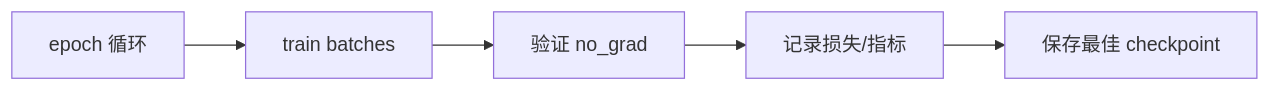
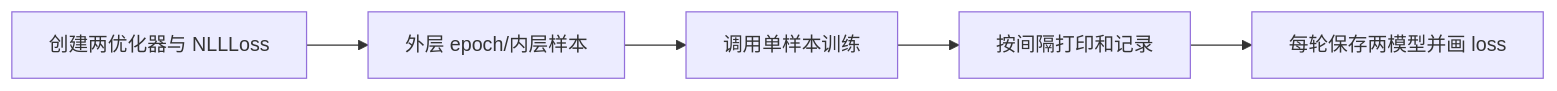
Before and after one commit to luyunix/nlp_study: the first of 3 diagrams in notes/seq2seq-translation/22-full-training.md, drawn with Mermaid. The commit also changed other lines of this file and 66 other files, not shown here.

````diff
--- a/notes/seq2seq-translation/22-full-training.md
+++ b/notes/seq2seq-translation/22-full-training.md
@@ -17,12 +17,12 @@
 ```mermaid
 flowchart LR
-    N0["epoch 循环"]
-    N1["train batches"]
-    N2["验证 no_grad"]
-    N3["记录损失/指标"]
-    N4["保存最佳 checkpoint"]
+    N0["创建两优化器与 NLLLoss"]
+    N1["外层 epoch/内层样本"]
+    N2["调用单样本训练"]
+    N3["按间隔打印和记录"]
+    N4["每轮保存两模型并画 loss"]
     N0 --> N1
     N1 --> N2
     N2 --> N3
     N3 --> N4
 ```
````
